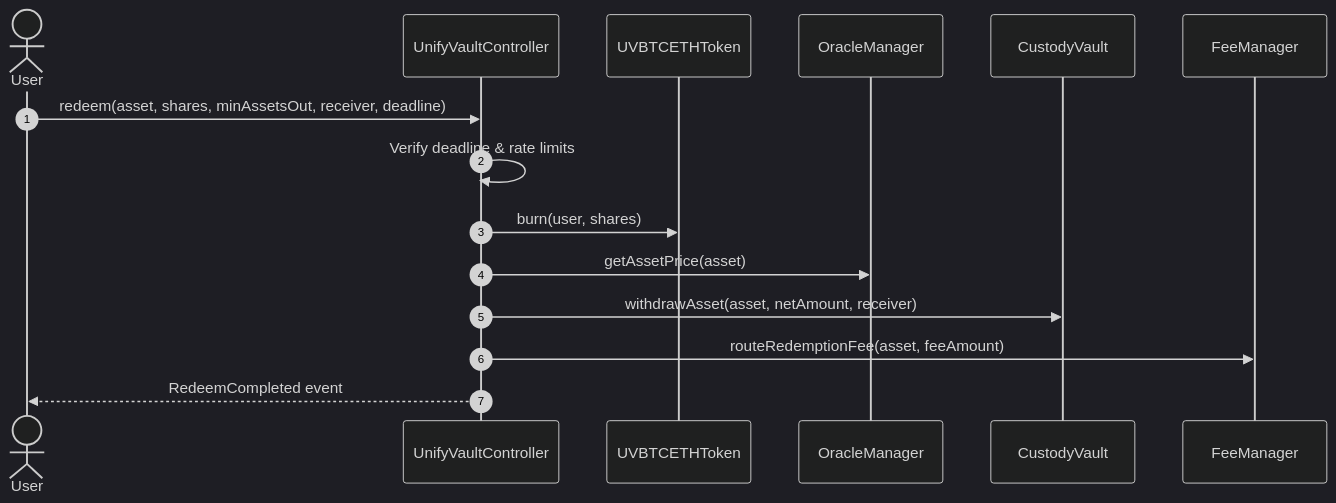
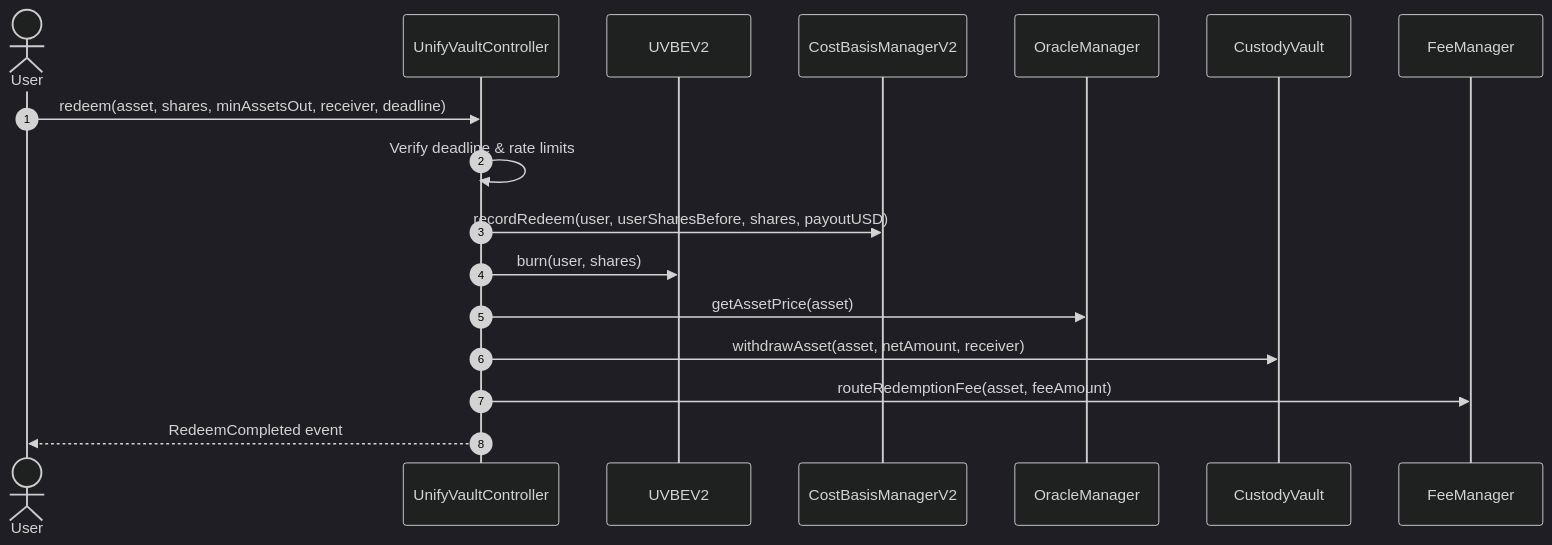
Before and after one commit to DigiClums/UnifyVault-UV: the third of 4 diagrams in docs/Architecture.md, drawn with Mermaid (dark theme). The commit also changed other lines of this file and 21 other files, not shown here.

````diff
--- a/docs/Architecture.md
+++ b/docs/Architecture.md
@@ -91,18 +112,20 @@
 ```mermaid
 sequenceDiagram
     autonumber
     actor User
     participant Controller as UnifyVaultController
-    participant Token as UVBTCETHToken
+    participant Token as UVBEV2
+    participant CBM as CostBasisManagerV2
     participant Oracle as OracleManager
     participant Vault as CustodyVault
     participant Fee as FeeManager
 
     User->>Controller: redeem(asset, shares, minAssetsOut, receiver, deadline)
     Controller->>Controller: Verify deadline & rate limits
+    Controller->>CBM: recordRedeem(user, userSharesBefore, shares, payoutUSD)
     Controller->>Token: burn(user, shares)
     Controller->>Oracle: getAssetPrice(asset)
     Controller->>Vault: withdrawAsset(asset, netAmount, receiver)
     Controller->>Fee: routeRedemptionFee(asset, feeAmount)
     Controller-->>User: RedeemCompleted event
 ```
````
